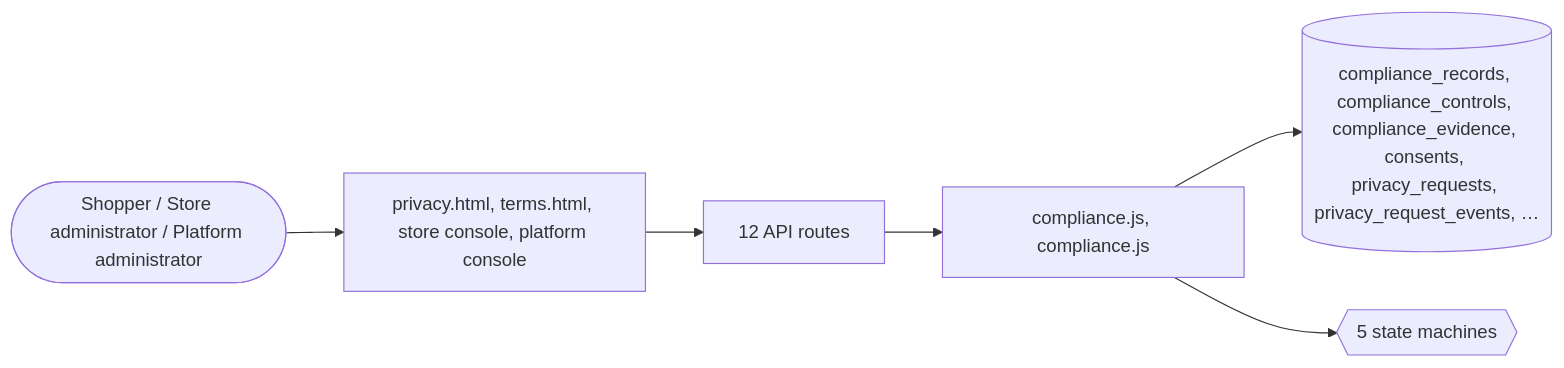
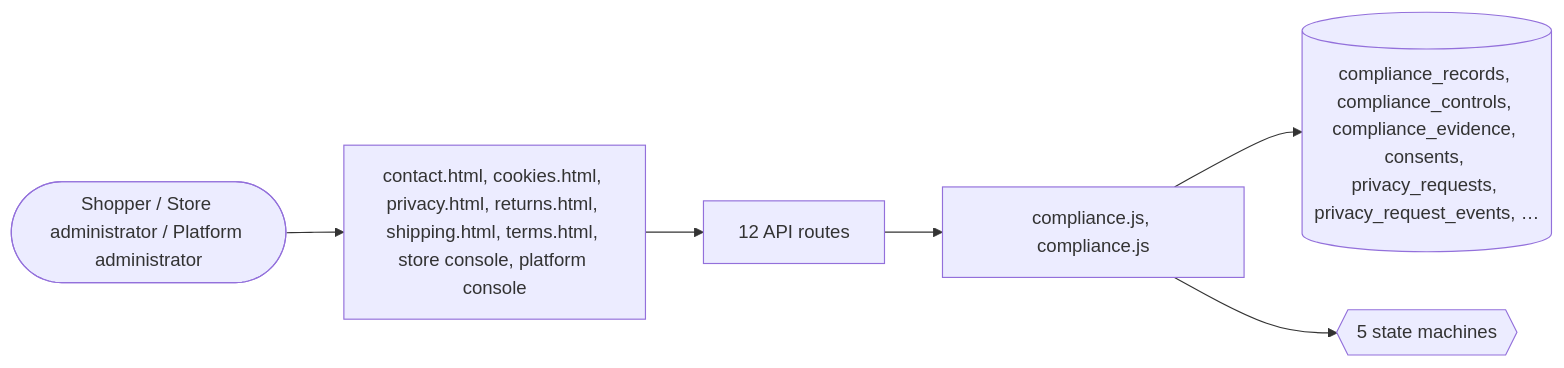
Before and after one commit to echelonxventures-Projects/universal-product: the sixth of 6 diagrams in docs/domains/compliance.md, drawn with Mermaid. The commit also changed other lines of this file and 29 other files, not shown here.

````diff
--- a/docs/domains/compliance.md
+++ b/docs/domains/compliance.md
@@ -243,8 +243,8 @@
 ```mermaid
 flowchart LR
-  U([Shopper / Store administrator / Platform administrator]) --> UI[privacy.html, terms.html, store console, platform console]
+  U([Shopper / Store administrator / Platform administrator]) --> UI[contact.html, cookies.html, privacy.html, returns.html, shipping.html, terms.html, store console, platform console]
   UI --> API[12 API routes]
   API --> ENG[compliance.js, compliance.js]
   ENG --> DB[(compliance_records, compliance_controls, compliance_evidence, consents, privacy_requests, privacy_request_events, …)]
   ENG --> SM{{5 state machines}}
 ```
````
